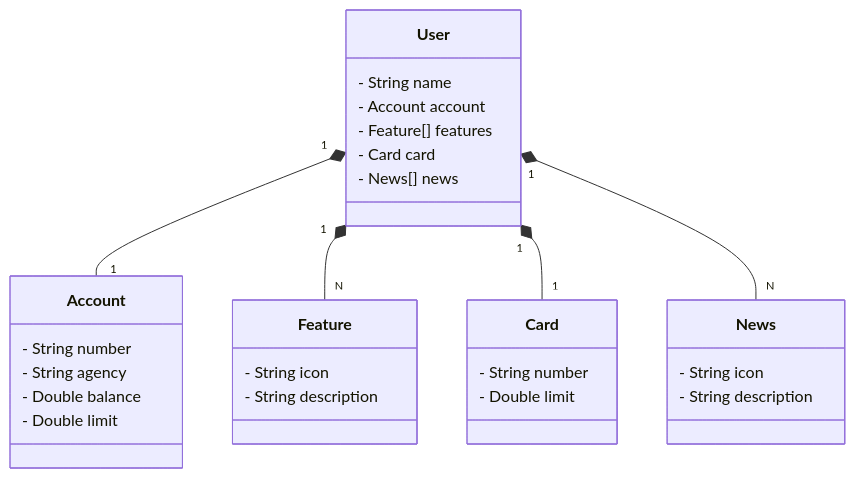
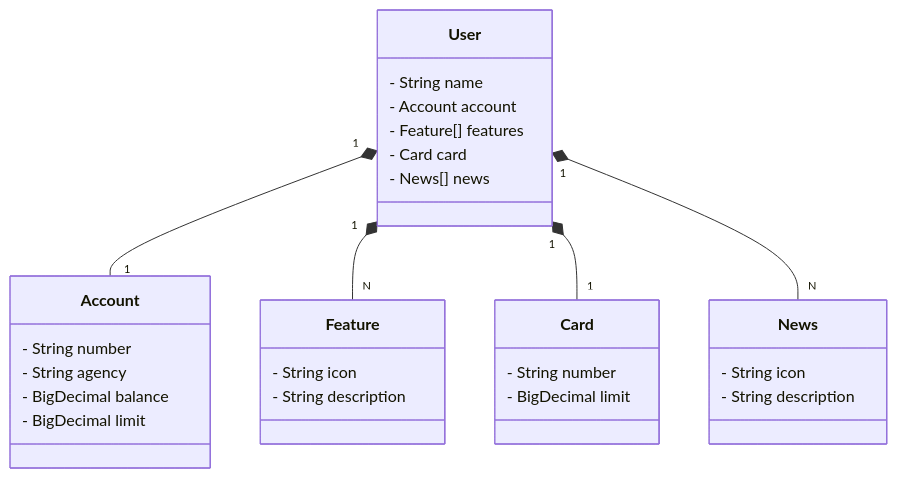
Before and after one commit to Gui-Parreira/final-project-bootcamp-2024: the diagram in README.md, drawn with Mermaid. The commit also changed 11 other files, not shown here.

````diff
--- a/README.md
+++ b/README.md
@@ -6,38 +6,38 @@
 ```mermaid
 
 classDiagram
     class User {
         - String name
         - Account account
         - Feature[] features
         - Card card
         - News[] news
     }
 
     class Account {
         - String number
         - String agency
-        - Double balance
-        - Double limit
+        - BigDecimal balance
+        - BigDecimal limit
     }
 
     class Feature {
         - String icon
         - String description
     }
 
     class Card {
         - String number
-        - Double limit
+        - BigDecimal limit
     }
 
     class News {
         - String icon
         - String description
     }
 
     User "1" *-- "1" Account
     User "1" *-- "N" Feature
     User "1" *-- "1" Card
     User "1" *-- "N" News
 ```
````
